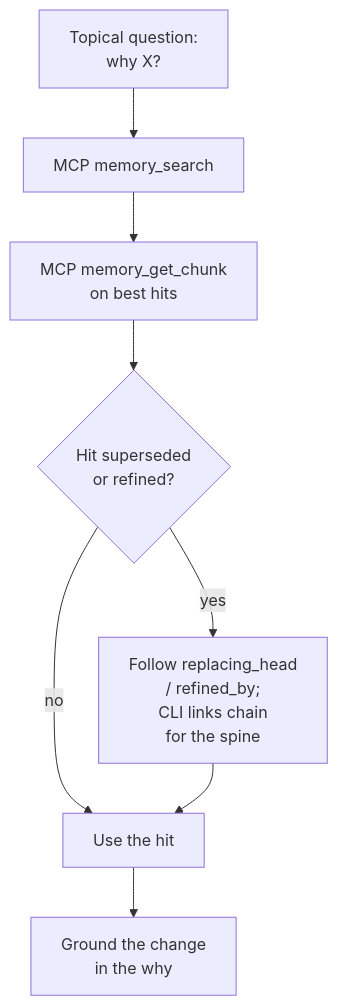
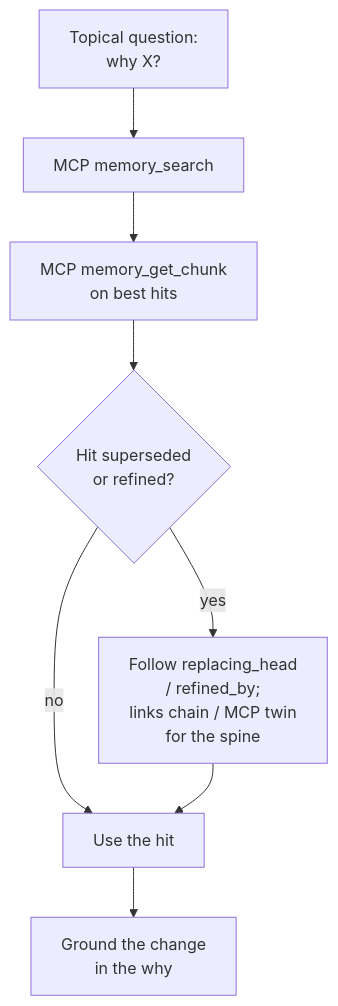
Before and after one commit to jnl-tshi/memory-seed: the second of 8 diagrams in docs/1_Inbox/agent-interaction-storylines-review.md, drawn with Mermaid. The commit also changed other lines of this file and 3 other files, not shown here.

````diff
--- a/docs/1_Inbox/agent-interaction-storylines-review.md
+++ b/docs/1_Inbox/agent-interaction-storylines-review.md
@@ -113,10 +114,10 @@
 ```mermaid
 flowchart TD
     A["Topical question:<br/>why X?"] --> B["MCP memory_search"]
     B --> C["MCP memory_get_chunk<br/>on best hits"]
     C --> D{"Hit superseded<br/>or refined?"}
-    D -- yes --> E["Follow replacing_head<br/>/ refined_by;<br/>CLI links chain<br/>for the spine"]
+    D -- yes --> E["Follow replacing_head<br/>/ refined_by;<br/>links chain / MCP twin<br/>for the spine"]
     D -- no --> F["Use the hit"]
     E --> F
     F --> G["Ground the change<br/>in the why"]
 ```
````
